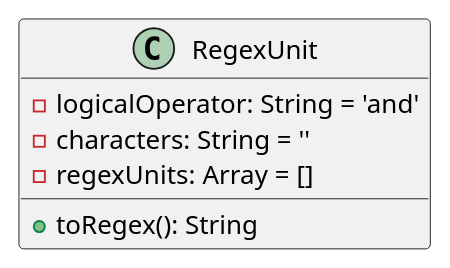
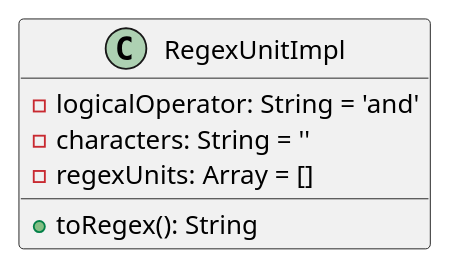
Before and after one commit to Keyhoh/regex_gui: the diagram in design/object/RegexUnit.md, drawn with PlantUML. The commit also changed other lines of this file and 1 other file, not shown here.

````diff
--- a/design/object/RegexUnit.md
+++ b/design/object/RegexUnit.md
@@ -16,9 +16,9 @@
 ```puml
-class RegexUnit{
+class RegexUnitImpl{
     -logicalOperator: String = 'and'
     -characters: String = ''
     -regexUnits: Array = []
     
     +toRegex(): String
 }
 ```
````
